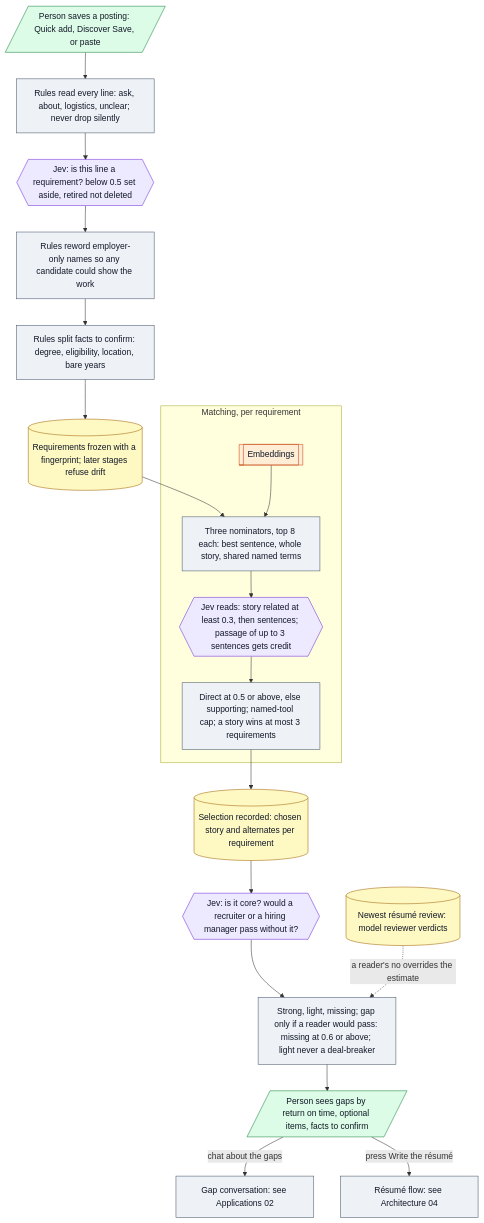
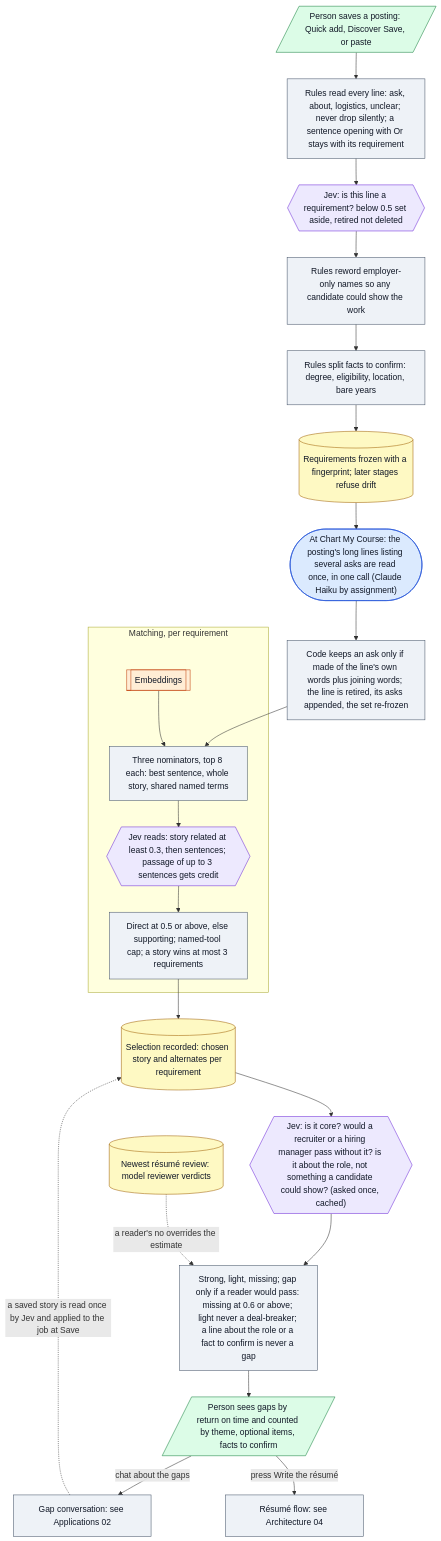
Before and after one commit to gabriellmortensen-a11y/career-navigator-portfolio: the diagram in architecture/03-requirement-analysis-and-matching.md, drawn with Mermaid. The commit also changed other lines of this file and 63 other files, not shown here.

````diff
--- a/architecture/03-requirement-analysis-and-matching.md
+++ b/architecture/03-requirement-analysis-and-matching.md
@@ -5,34 +5,37 @@
 ```mermaid
 flowchart TD
   POST[/Person saves a posting: Quick add, Discover Save, or paste/]:::human
-  POST --> READ[Rules read every line: ask, about, logistics, unclear; never drop silently]:::det
+  POST --> READ["Rules read every line: ask, about, logistics, unclear; never drop silently; a sentence opening with Or stays with its requirement"]:::det
   READ --> SIFT{{Jev: is this line a requirement? below 0.5 set aside, retired not deleted}}:::jev
   SIFT --> WORD[Rules reword employer-only names so any candidate could show the work]:::det
   WORD --> KIND[Rules split facts to confirm: degree, eligibility, location, bare years]:::det
   KIND --> FREEZE[(Requirements frozen with a fingerprint; later stages refuse drift)]:::store
 
   subgraph Match["Matching, per requirement"]
     NOM[Three nominators, top 8 each: best sentence, whole story, shared named terms]:::det
     EMB[[Embeddings]]:::ext
     READJ{{Jev reads: story related at least 0.3, then sentences; passage of up to 3 sentences gets credit}}:::jev
     VERD[Direct at 0.5 or above, else supporting; named-tool cap; a story wins at most 3 requirements]:::det
   end
-  FREEZE --> NOM
+  FREEZE --> DIV(["At Chart My Course: the posting's long lines listing several asks are read once, in one call (Claude Haiku by assignment)"]):::model
+  DIV --> ADMIT["Code keeps an ask only if made of the line's own words plus joining words; the line is retired, its asks appended, the set re-frozen"]:::det
+  ADMIT --> NOM
   EMB --> NOM
   NOM --> READJ --> VERD
   VERD --> SEL[(Selection recorded: chosen story and alternates per requirement)]:::store
 
-  SEL --> CORE{{Jev: is it core? would a recruiter or a hiring manager pass without it?}}:::jev
-  CORE --> ASSESS[Strong, light, missing; gap only if a reader would pass: missing at 0.6 or above; light never a deal-breaker]:::det
+  SEL --> CORE{{"Jev: is it core? would a recruiter or a hiring manager pass without it? is it about the role, not something a candidate could show? (asked once, cached)"}}:::jev
+  CORE --> ASSESS["Strong, light, missing; gap only if a reader would pass: missing at 0.6 or above; light never a deal-breaker; a line about the role or a fact to confirm is never a gap"]:::det
   REV[(Newest résumé review: model reviewer verdicts)]:::store -.->|a reader's no overrides the estimate| ASSESS
-  ASSESS --> SHOW[/Person sees gaps by return on time, optional items, facts to confirm/]:::human
+  ASSESS --> SHOW[/Person sees gaps by return on time and counted by theme, optional items, facts to confirm/]:::human
   SHOW -->|chat about the gaps| CHAT[Gap conversation: see Applications 02]:::det
+  CHAT -.->|a saved story is read once by Jev and applied to the job at Save| SEL
   SHOW -->|press Write the résumé| WRITE[Résumé flow: see Architecture 04]:::det
 
   classDef det fill:#eef2f7,stroke:#475569,color:#111827
   classDef jev fill:#ede9fe,stroke:#6d28d9,color:#111827
   classDef model fill:#dbeafe,stroke:#1d4ed8,color:#111827
   classDef human fill:#dcfce7,stroke:#15803d,color:#111827
   classDef store fill:#fef9c3,stroke:#a16207,color:#111827
   classDef ext fill:#ffedd5,stroke:#c2410c,color:#111827
 ```
````
